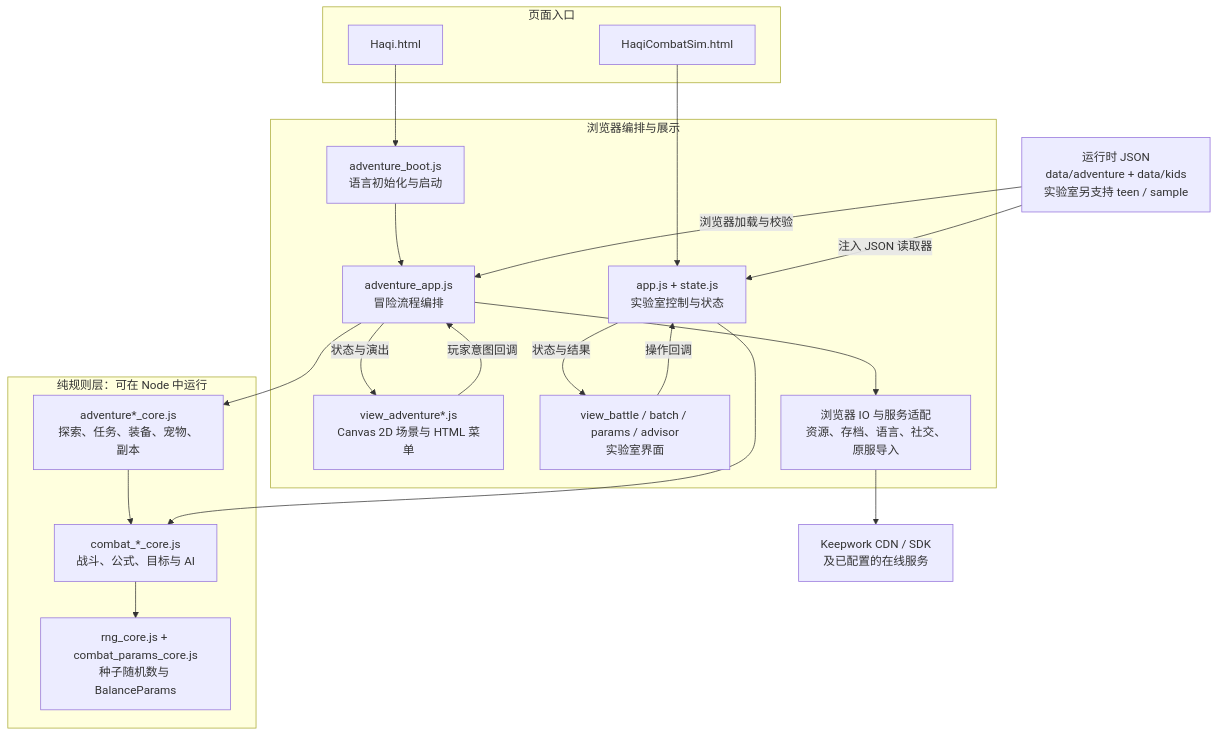
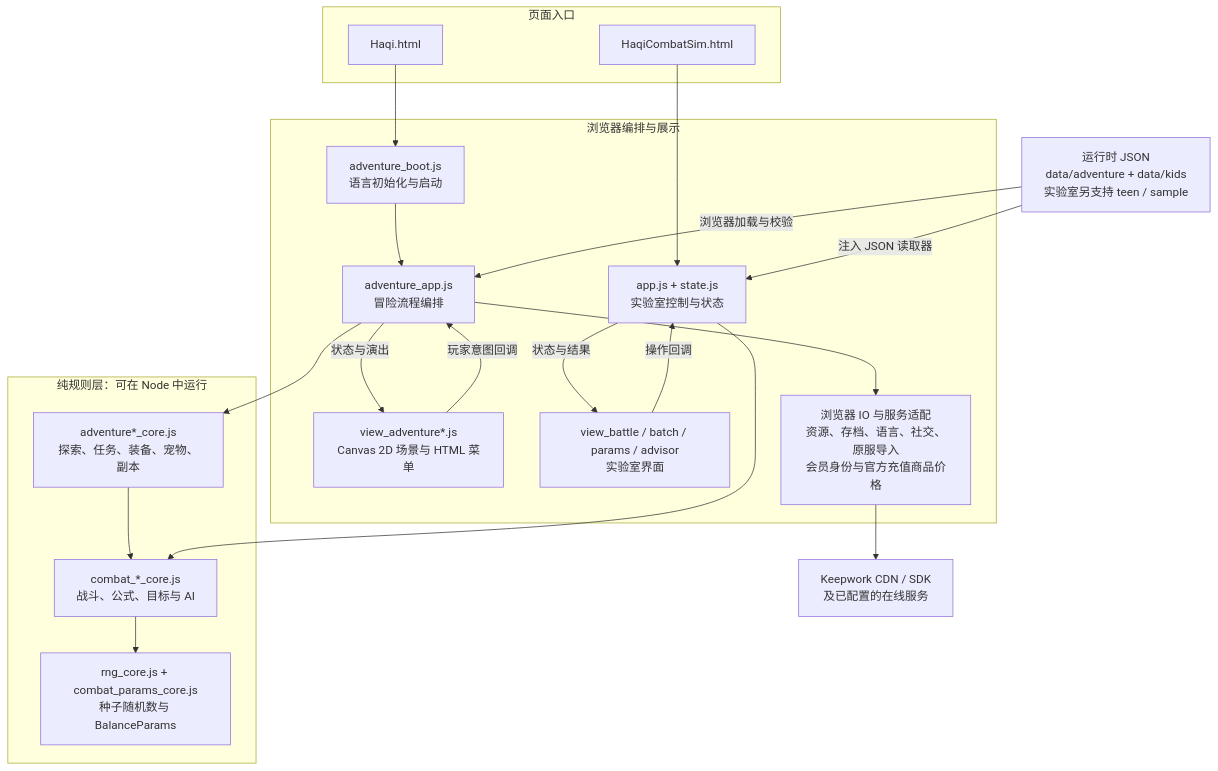
Before and after one commit to LiXizhi/HaqiWebTools: the first of 4 diagrams in HaqiCombatSim/docs/architecture.md, drawn with Mermaid. The commit also changed other lines of this file and 80 other files, not shown here.

````diff
--- a/HaqiCombatSim/docs/architecture.md
+++ b/HaqiCombatSim/docs/architecture.md
@@ -21,36 +21,36 @@
 ```mermaid
 flowchart TB
     subgraph Entry[页面入口]
         Game["Haqi.html"]
         Lab["HaqiCombatSim.html"]
     end
     subgraph Browser[浏览器编排与展示]
         Boot["adventure_boot.js<br/>语言初始化与启动"]
         Adventure["adventure_app.js<br/>冒险流程编排"]
         App["app.js + state.js<br/>实验室控制与状态"]
         GameView["view_adventure*.js<br/>Canvas 2D 场景与 HTML 菜单"]
         LabView["view_battle / batch / params / advisor<br/>实验室界面"]
-        IO["浏览器 IO 与服务适配<br/>资源、存档、语言、社交、原服导入"]
+        IO["浏览器 IO 与服务适配<br/>资源、存档、语言、社交、原服导入<br/>会员身份与官方充值商品价格"]
     end
     subgraph Core[纯规则层：可在 Node 中运行]
         Rules["adventure*_core.js<br/>探索、任务、装备、宠物、副本"]
         Combat["combat_*_core.js<br/>战斗、公式、目标与 AI"]
         Shared["rng_core.js + combat_params_core.js<br/>种子随机数与 BalanceParams"]
     end
     Data["运行时 JSON<br/>data/adventure + data/kids<br/>实验室另支持 teen / sample"]
     Services["Keepwork CDN / SDK<br/>及已配置的在线服务"]
 
     Game --> Boot --> Adventure
     Lab --> App
     GameView -->|玩家意图回调| Adventure
     Adventure -->|状态与演出| GameView
     LabView -->|操作回调| App
     App -->|状态与结果| LabView
     Adventure --> Rules --> Combat
     App --> Combat
     Combat --> Shared
     Adventure --> IO
     IO --> Services
     Data -->|浏览器加载与校验| Adventure
     Data -->|注入 JSON 读取器| App
 ```
````
